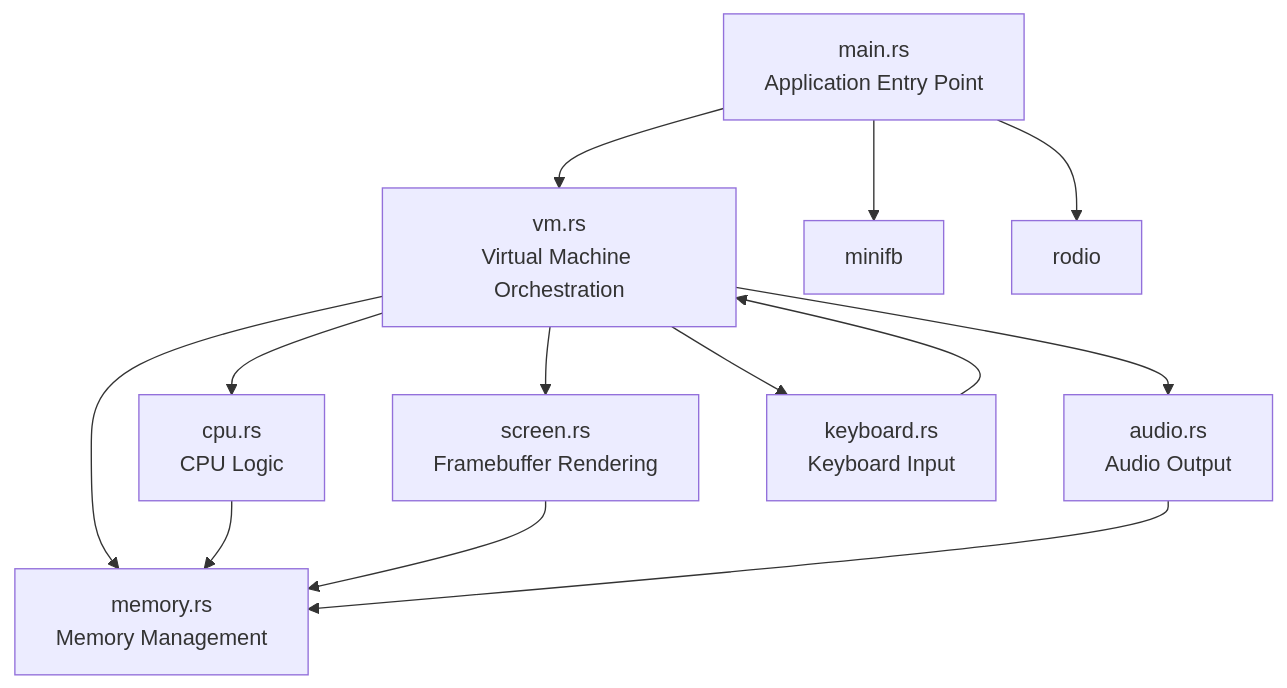
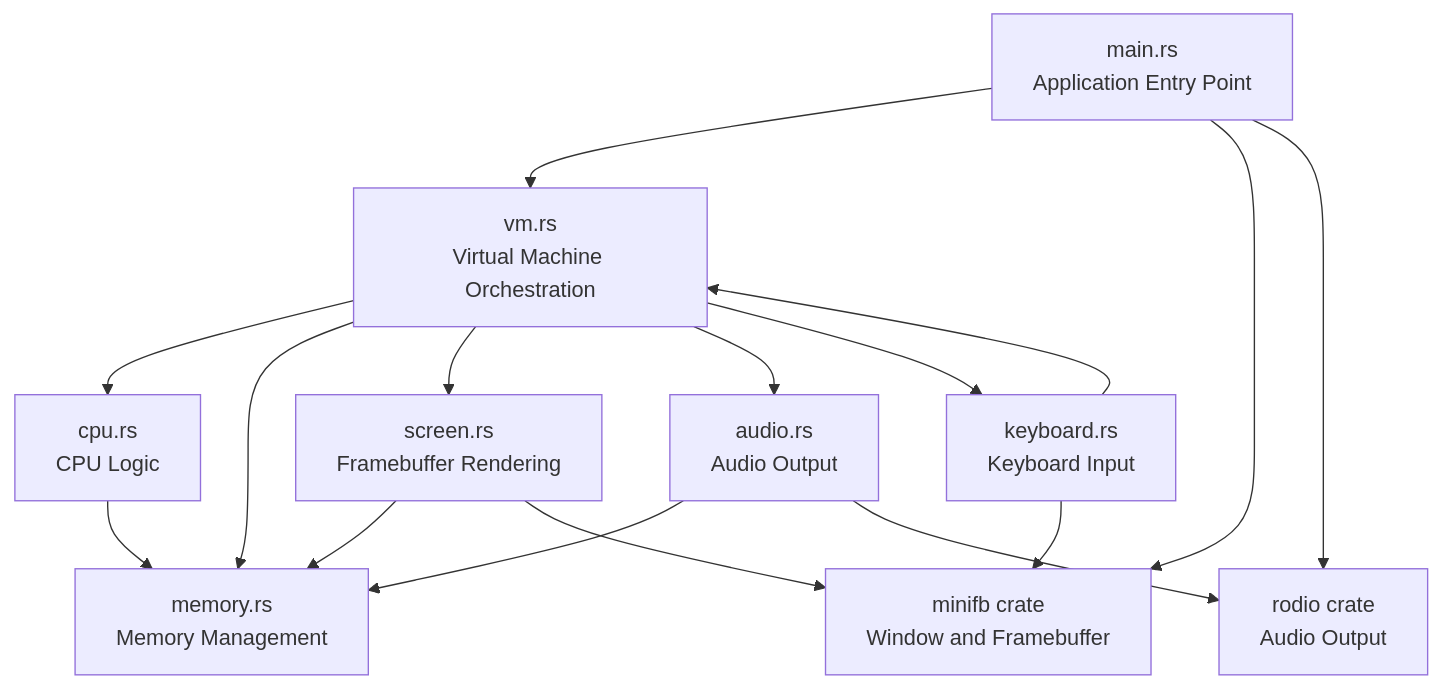
The diagram in README.md (mad4j/rustedbytes-bytepusher), drawn with Mermaid before and after one commit.

````diff
--- a/README.md
+++ b/README.md
@@ -20,23 +20,28 @@
 ```mermaid
 flowchart TD
     Main[main.rs<br/>Application Entry Point]
     VM[vm.rs<br/>Virtual Machine Orchestration]
     CPU[cpu.rs<br/>CPU Logic]
     Memory[memory.rs<br/>Memory Management]
     Screen[screen.rs<br/>Framebuffer Rendering]
     Audio[audio.rs<br/>Audio Output]
     Keyboard[keyboard.rs<br/>Keyboard Input]
+    minifb[minifb crate<br/>Window and Framebuffer]
+    rodio[rodio crate<br/>Audio Output]
 
     Main --> VM
     Main --> minifb
     Main --> rodio
     VM --> CPU
     VM --> Memory
     VM --> Screen
     VM --> Audio
     VM --> Keyboard
     CPU --> Memory
     Screen --> Memory
     Audio --> Memory
     Keyboard --> VM
+    Keyboard --> minifb
+    Audio --> rodio
+    Screen --> minifb
 ```
````
